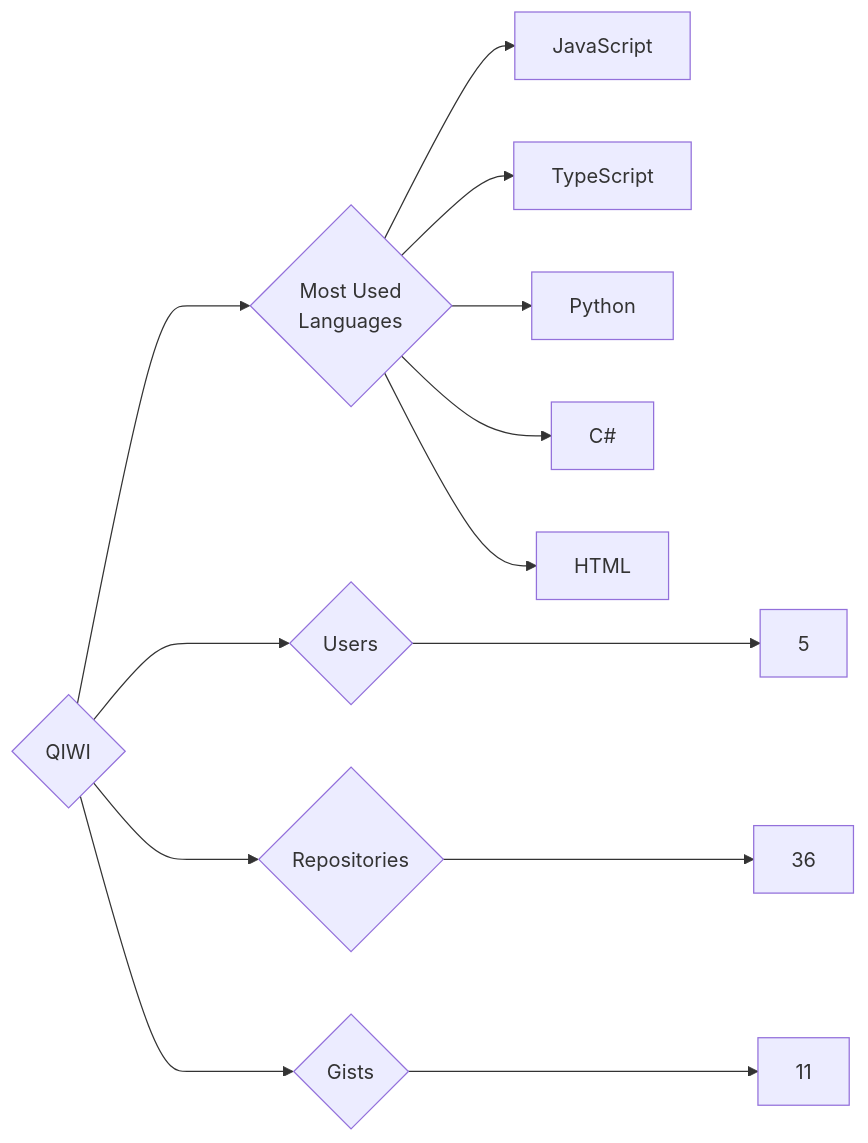
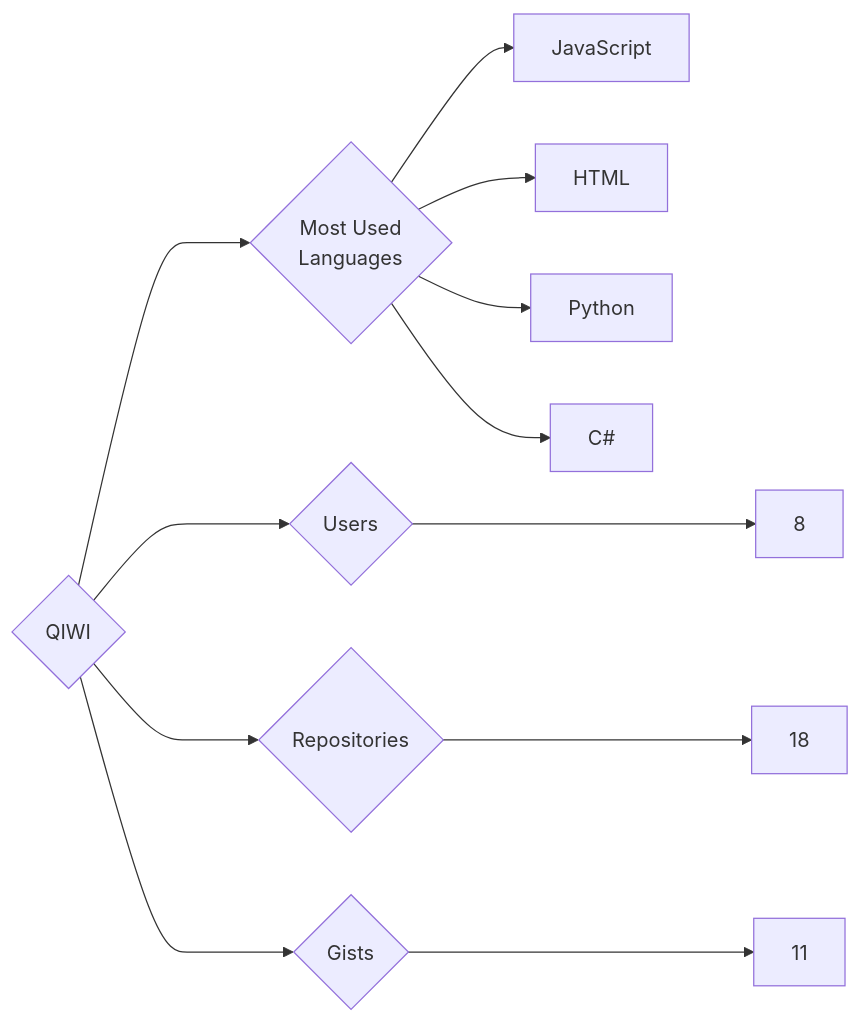
Before and after one commit to trickest/insiders: the diagram in targets/QIWI/README.md, drawn with Mermaid. The commit also changed 582 other files, not shown here.

````diff
--- a/targets/QIWI/README.md
+++ b/targets/QIWI/README.md
@@ -3,13 +3,12 @@
 ```mermaid
 graph LR
 COMPANY_NAME{QIWI}
-COMPANY_NAME ---> U{Users} ---> UN[5]
-COMPANY_NAME ---> R{Repositories} ---> RN[36]
+COMPANY_NAME ---> U{Users} ---> UN[8]
+COMPANY_NAME ---> R{Repositories} ---> RN[18]
 COMPANY_NAME ---> G{Gists} ---> GN[11]
 COMPANY_NAME ---> ML{Most Used<br>Languages}
 ML --> JavaScript[JavaScript]
-ML --> TypeScript[TypeScript]
+ML --> HTML[HTML]
 ML --> Python[Python]
 ML --> C#[C#]
-ML --> HTML[HTML]
 ```
````
